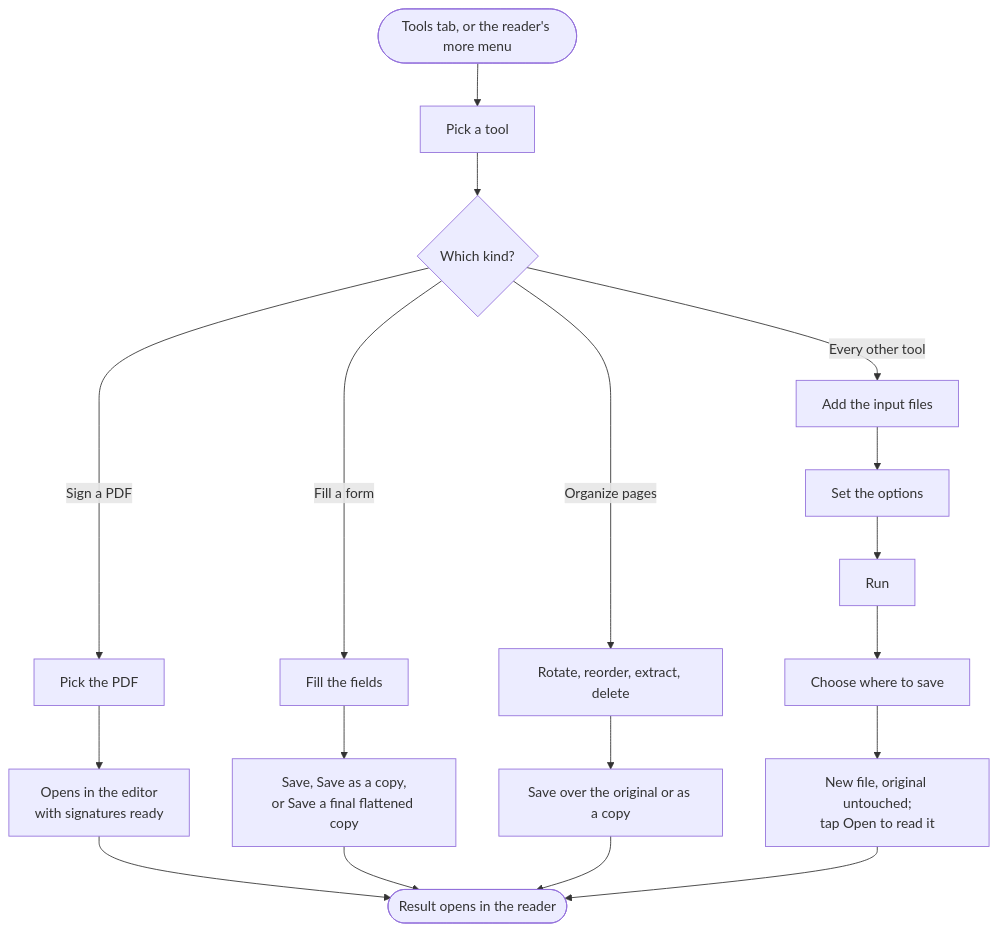
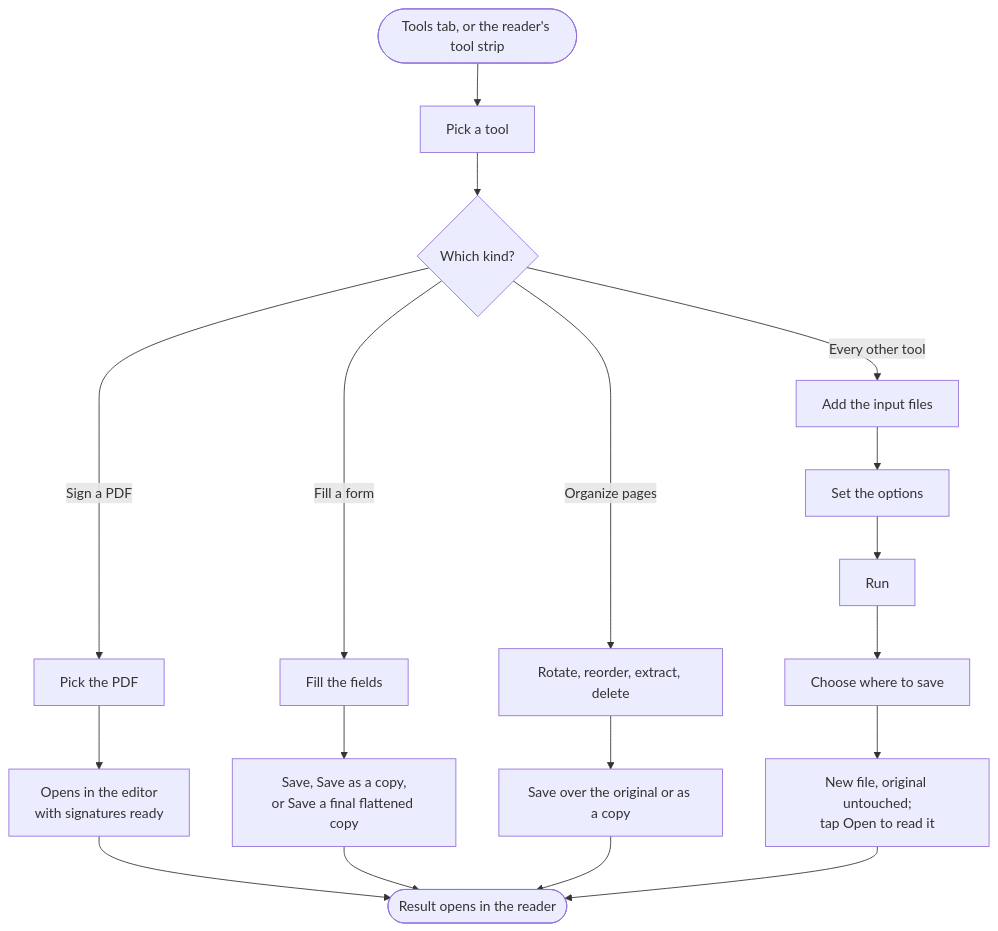
Before and after one commit to ElfIncredible/PDF_Reader: the diagram in docs/flowcharts/4-tools.mmd, drawn with Mermaid. The commit also changed 18 other files, not shown here.

First line of the commit message:
Reader: tool strip with the most-used tools, the rest under More

```diff
--- a/docs/flowcharts/4-tools.mmd
+++ b/docs/flowcharts/4-tools.mmd
@@ -1,12 +1,12 @@
 flowchart TD
-    A([Tools tab, or the reader's more menu]) --> B[Pick a tool]
+    A([Tools tab, or the reader's tool strip]) --> B[Pick a tool]
     B --> C{Which kind?}
     C -->|Sign a PDF| S[Pick the PDF] --> S2[Opens in the editor<br/>with signatures ready]
     C -->|Fill a form| F[Fill the fields] --> F3[Save, Save as a copy,<br/>or Save a final flattened copy]
     C -->|Organize pages| O[Rotate, reorder, extract, delete] --> O2[Save over the original or as a copy]
     C -->|Every other tool| T[Add the input files] --> T2[Set the options] --> T3[Run] --> T4[Choose where to save]
     T4 --> T5[New file, original untouched;<br/>tap Open to read it]
     S2 --> R([Result opens in the reader])
     F3 --> R
     O2 --> R
     T5 --> R
```
